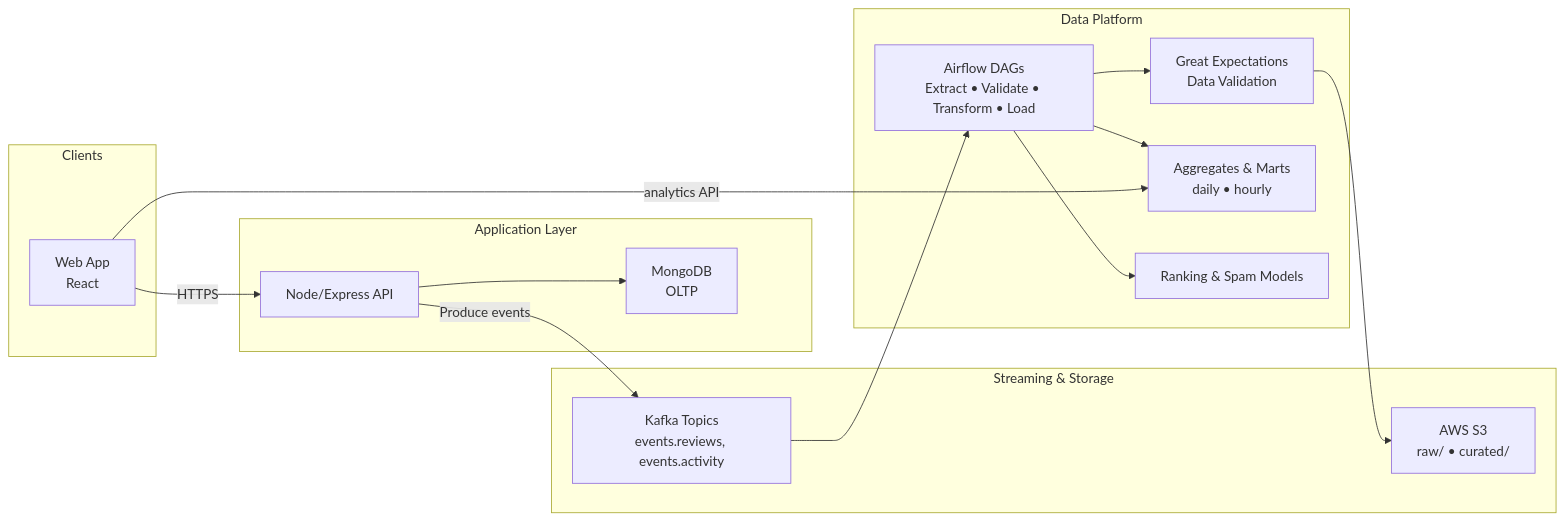
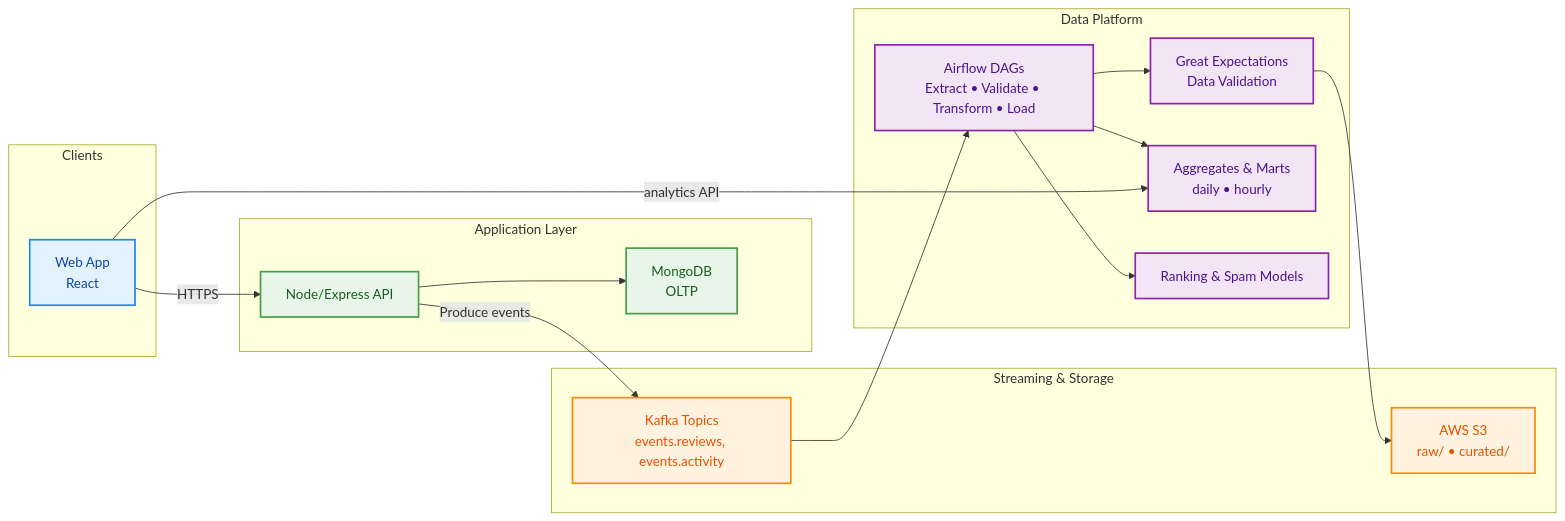
One commit to manojtummala/ReviewsVerse changed the first of 2 diagrams in README.md. Above: the diagram before and after it, drawn with Mermaid. The commit also changed other lines of this file and 17 other files, not shown here.

````diff
--- a/README.md
+++ b/README.md
@@ -52,31 +52,43 @@
 ```mermaid
 flowchart LR
+  %% Color classes
+  classDef clients fill:#E3F2FD,stroke:#1E88E5,stroke-width:2px,color:#0D47A1;
+  classDef services fill:#E8F5E9,stroke:#43A047,stroke-width:2px,color:#1B5E20;
+  classDef streams fill:#FFF3E0,stroke:#FB8C00,stroke-width:2px,color:#E65100;
+  classDef data fill:#F3E5F5,stroke:#8E24AA,stroke-width:2px,color:#4A148C;
+
   subgraph Clients
     W["Web App<br/>React"]
   end
 
   subgraph Services["Application Layer"]
     API["Node/Express API"]
     MDB["MongoDB<br/>OLTP"]
   end
 
   subgraph Streams["Streaming & Storage"]
     K["Kafka Topics<br/>events.reviews, events.activity"]
     S3["AWS S3<br/>raw/ • curated/"]
   end
 
   subgraph Data["Data Platform"]
     AF["Airflow DAGs<br/>Extract • Validate • Transform • Load"]
     GE["Great Expectations<br/>Data Validation"]
     AGG["Aggregates & Marts<br/>daily • hourly"]
     ML["Ranking & Spam Models"]
   end
 
   W -->|HTTPS| API
   API --> MDB
   API -->|Produce events| K
   K --> AF --> GE --> S3
   AF --> AGG
   AF --> ML
   W -->|analytics API| AGG
+
+  %% Apply classes
+  class W clients;
+  class API,MDB services;
+  class K,S3 streams;
+  class AF,GE,AGG,ML data;
 ```
````
